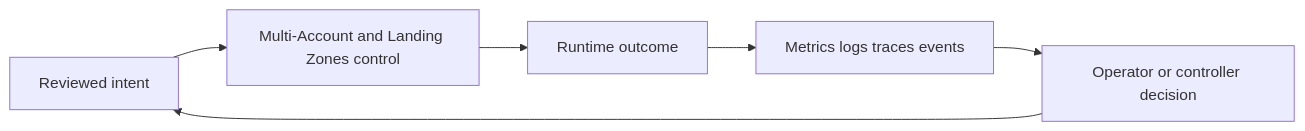
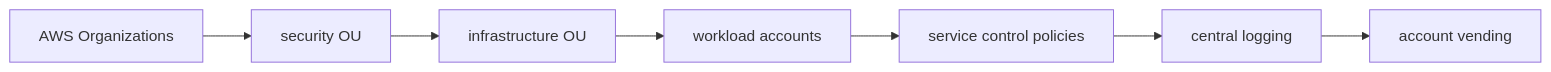
One commit to m1mohamad/devops-sre-prep changed the diagram in docs/study/aws/07-multi-account-and-landing-zones.md. Above: the diagram before and after it, drawn with Mermaid. The commit also changed other lines of this file and 61 other files, not shown here.

Commit message:
Replace generic architecture and study templates

````diff
--- a/docs/study/aws/07-multi-account-and-landing-zones.md
+++ b/docs/study/aws/07-multi-account-and-landing-zones.md
@@ -20,8 +15,4 @@
 ```mermaid
 flowchart LR
-  Intent[Reviewed intent] --> Control[Multi-Account and Landing Zones control]
-  Control --> Runtime[Runtime outcome]
-  Runtime --> Signals[Metrics logs traces events]
-  Signals --> Decision[Operator or controller decision]
-  Decision --> Intent
+  N0[AWS Organizations] --> N1[security OU] --> N2[infrastructure OU] --> N3[workload accounts] --> N4[service control policies] --> N5[central logging] --> N6[account vending]
 ```
````
